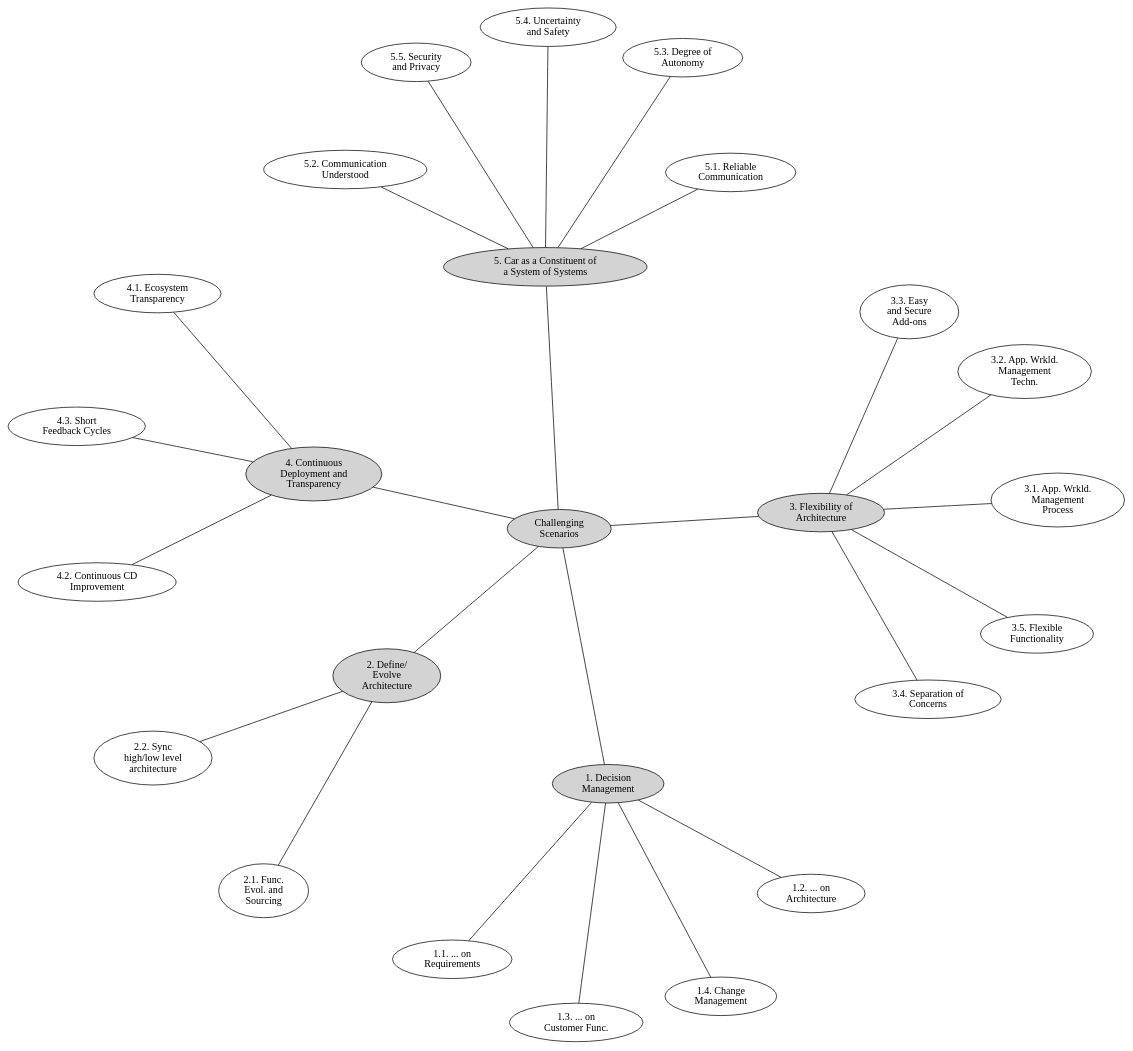
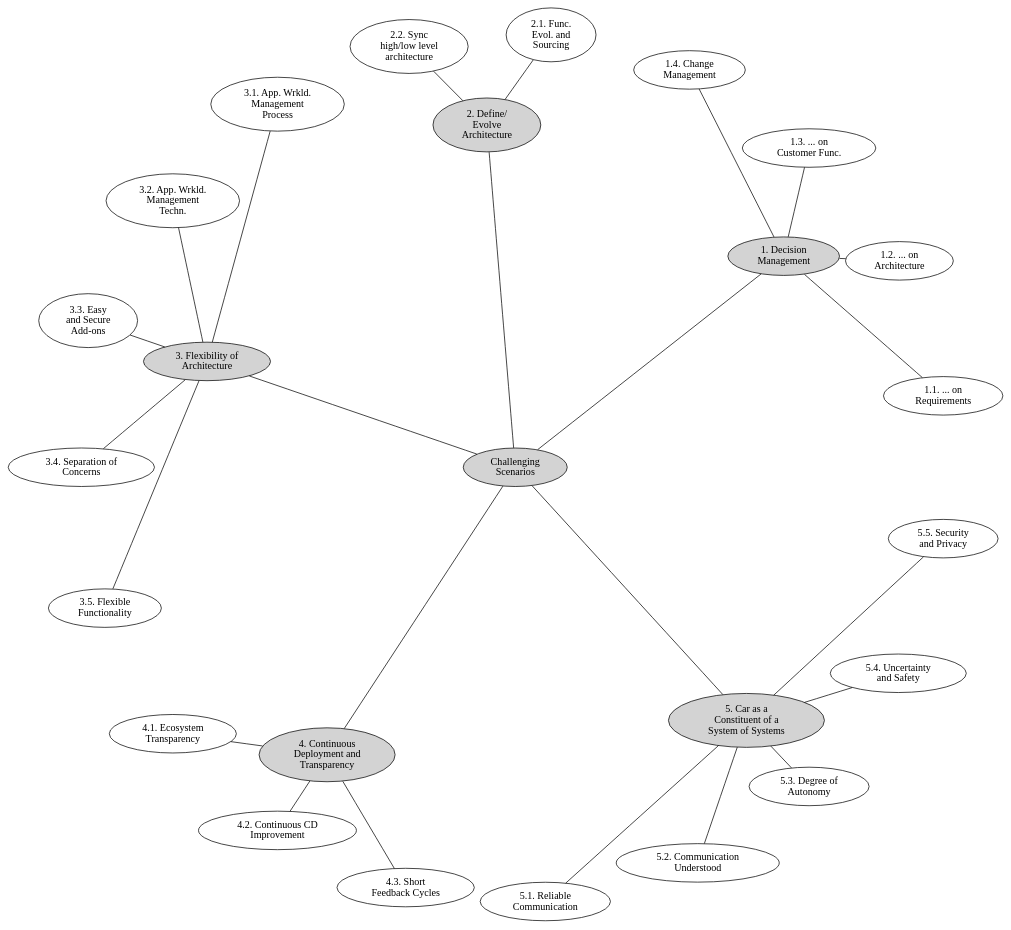
One commit to PatrizioPelliccione/WasaJournal changed the diagram in figures/use_cases.dot. Above: the diagram before and after it, drawn with Graphviz. The commit also changed 1 other file, not shown here.

Commit message:
Changed graph layout to twopi, plus some tweaking.

```diff
--- a/figures/use_cases.dot
+++ b/figures/use_cases.dot
@@ -1,80 +1,80 @@
 graph UseCases {
-  layout=neato;
+  layout=twopi;
   overlap=false;
   splines=true;
-  edge [len=0.5];
+  ranksep="1.9 0.5";
 
   {
     node [style=filled];
     node [label="Challenging\nScenarios"] root;
     node [label="1. Decision\nManagement"] s1;
     node [label="2. Define/\nEvolve\nArchitecture"] s2;
     node [label="3. Flexibility of\nArchitecture"] s3;
     node [label="4. Continuous\nDeployment and\nTransparency"] s4;
-    node [label="5. Car as a Constituent of\na System of Systems"] sos;
+    node [label="5. Car as a\nConstituent of a\nSystem of Systems"] sos;
 
     root -- s1;
     root -- s2;
     root -- s3;
     root -- s4;
     root -- sos;
   }
 
   { // 1.*
     node [label="1.1. ... on\nRequirements"] s11;
     node [label="1.2. ... on\nArchitecture"] s12;
     node [label="1.3. ... on\nCustomer Func."] s13;
     node [label="1.4. Change\nManagement"] s14;
 
     s1 -- s11;
     s1 -- s12;
     s1 -- s13;
     s1 -- s14;
   }
 
   { // 2.*
     node [label="2.1. Func.\nEvol. and\nSourcing"] s21;
     node [label="2.2. Sync\nhigh/low level\narchitecture"] s22;
 
     s2 -- s21;
     s2 -- s22;
   }
 
   { // 3.*
     node [label="3.1. App. Wrkld.\nManagement\nProcess"] s31;
     node [label="3.2. App. Wrkld.\nManagement\nTechn."] s32;
     node [label="3.3. Easy\nand Secure\nAdd-ons"] s33;
     node [label="3.4. Separation of\nConcerns"] s34;
     node [label="3.5. Flexible\nFunctionality"] s35;
 
     s3 -- s31;
     s3 -- s32;
     s3 -- s33;
     s3 -- s34;
     s3 -- s35;
   }
 
   { // 4.*
     node [label="4.1. Ecosystem\nTransparency"] s41;
     node [label="4.2. Continuous CD\nImprovement"] s42;
     node [label="4.3. Short\nFeedback Cycles"] s43;
 
     s4 -- s41;
     s4 -- s42;
     s4 -- s43;
   }
 
   { // 5.*
     node [label="5.1. Reliable\nCommunication"] sos1;
     node [label="5.2. Communication\nUnderstood"] sos2;
     node [label="5.3. Degree of\nAutonomy"] sos3;
     node [label="5.4. Uncertainty\nand Safety"] sos4;
     node [label="5.5. Security\nand Privacy"] sos5;
 
     sos -- sos1;
     sos -- sos2;
     sos -- sos3;
     sos -- sos4;
     sos -- sos5;
   }
 }
```
